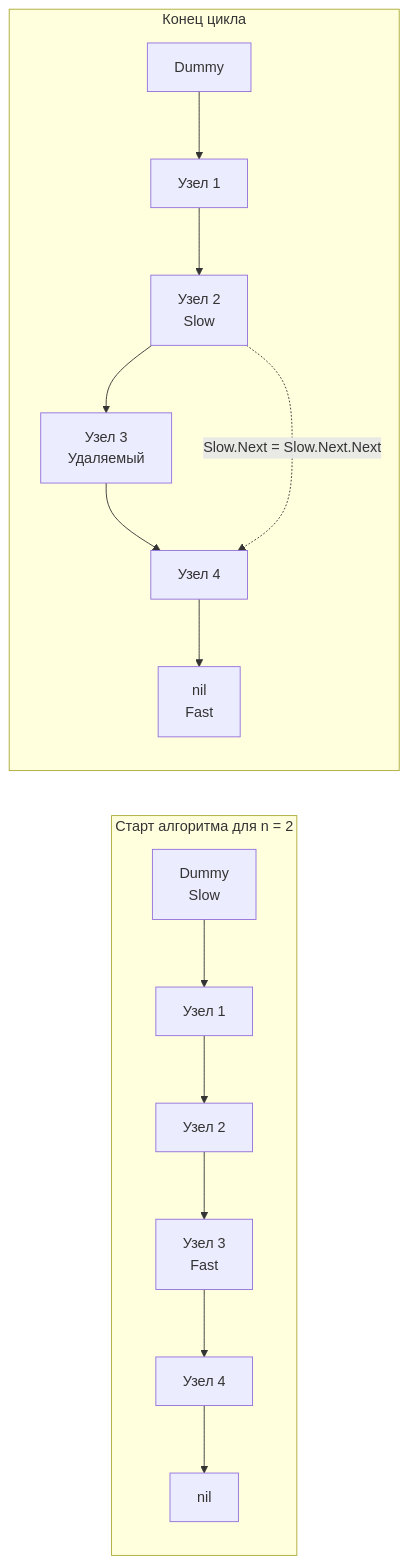
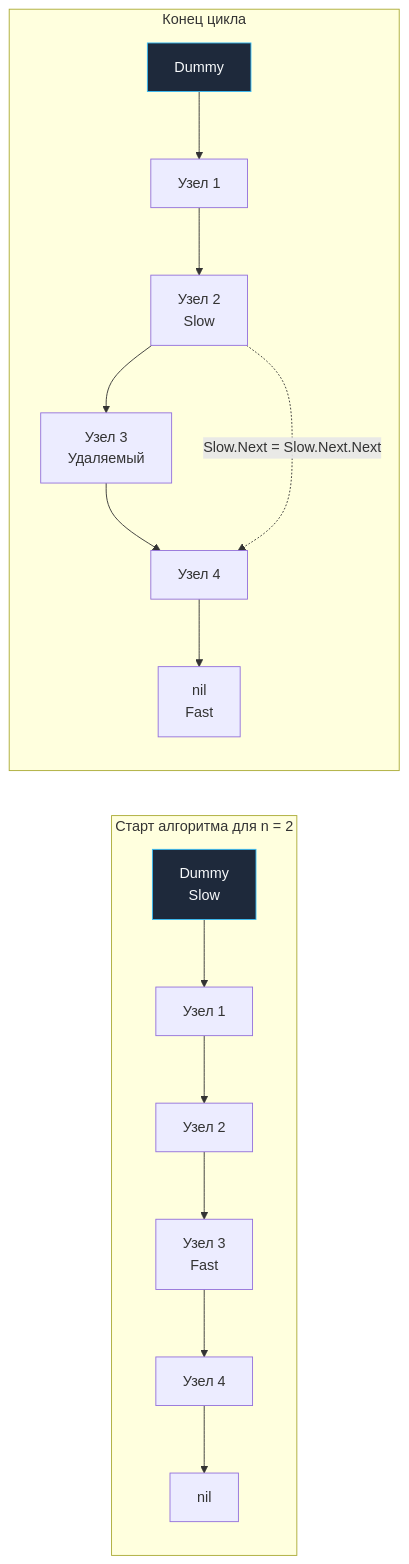
The diagram in sources/21. Задачи с LeetCode и собеседований на Go/02. Задачи/08. Связные списки/6. Remove Nth Node From End.md (UnrealTemplier/go-textbook), drawn with Mermaid before and after one commit. The commit also changed 1666 other files, not shown here.

First line of the commit message:
feat(mermaid): add semantic color classDef to 1369 colorless flowchart/graph diagrams

````diff
--- a/sources/21. Задачи с LeetCode и собеседований на Go/02. Задачи/08. Связные списки/6. Remove Nth Node From End.md
+++ b/sources/21. Задачи с LeetCode и собеседований на Go/02. Задачи/08. Связные списки/6. Remove Nth Node From End.md
@@ -21,20 +21,30 @@
 ```mermaid
 flowchart LR
+    classDef process  fill:#1e293b,stroke:#38bdf8,stroke-width:1px,color:#f8fafc
+    classDef success  fill:#064e3b,stroke:#34d399,stroke-width:1px,color:#f8fafc
+    classDef error    fill:#7f1d1d,stroke:#f87171,stroke-width:1px,color:#f8fafc
+    classDef warning  fill:#78350f,stroke:#fbbf24,stroke-width:1px,color:#f8fafc
+    classDef entry    fill:#1e3a5f,stroke:#38bdf8,stroke-width:2px,color:#f8fafc
+    classDef aux      fill:#334155,stroke:#64748b,stroke-width:1px,color:#f8fafc
+    classDef system   fill:#312e81,stroke:#a78bfa,stroke-width:1px,color:#f8fafc
+    classDef data     fill:#132d29,stroke:#2dd4bf,stroke-width:1px,color:#f8fafc
+    classDef network  fill:#881337,stroke:#fb7185,stroke-width:1px,color:#f8fafc
+    classDef accent   fill:#1e1b4b,stroke:#818cf8,stroke-width:1px,color:#f8fafc
     subgraph "Старт алгоритма для n = 2"
-        D["Dummy<br>Slow"] --> N1["Узел 1"]
+        D["Dummy<br>Slow"]:::process --> N1["Узел 1"]
         N1 --> N2["Узел 2"]
         N2 --> N3["Узел 3<br>Fast"]
         N3 --> N4["Узел 4"]
         N4 --> Nil["nil"]
     end
     
     subgraph "Конец цикла"
-        D2["Dummy"] --> N1_2["Узел 1"]
+        D2["Dummy"]:::process --> N1_2["Узел 1"]
         N1_2 --> N2_2["Узел 2<br>Slow"]
         N2_2 --> N3_2["Узел 3<br>Удаляемый"]
         N3_2 --> N4_2["Узел 4"]
         N4_2 --> Nil_2["nil<br>Fast"]
     end
     
     N2_2 -.->|"Slow.Next = Slow.Next.Next"| N4_2
 ```
````
